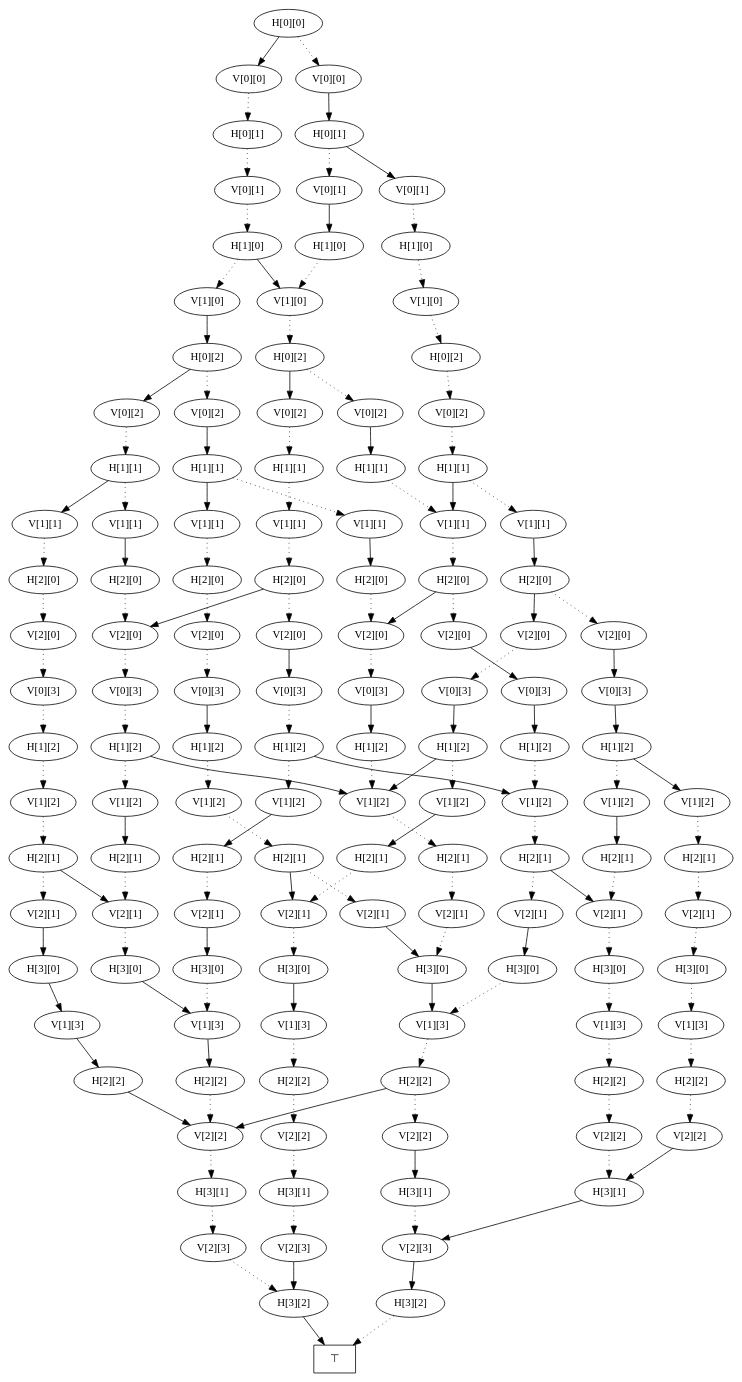
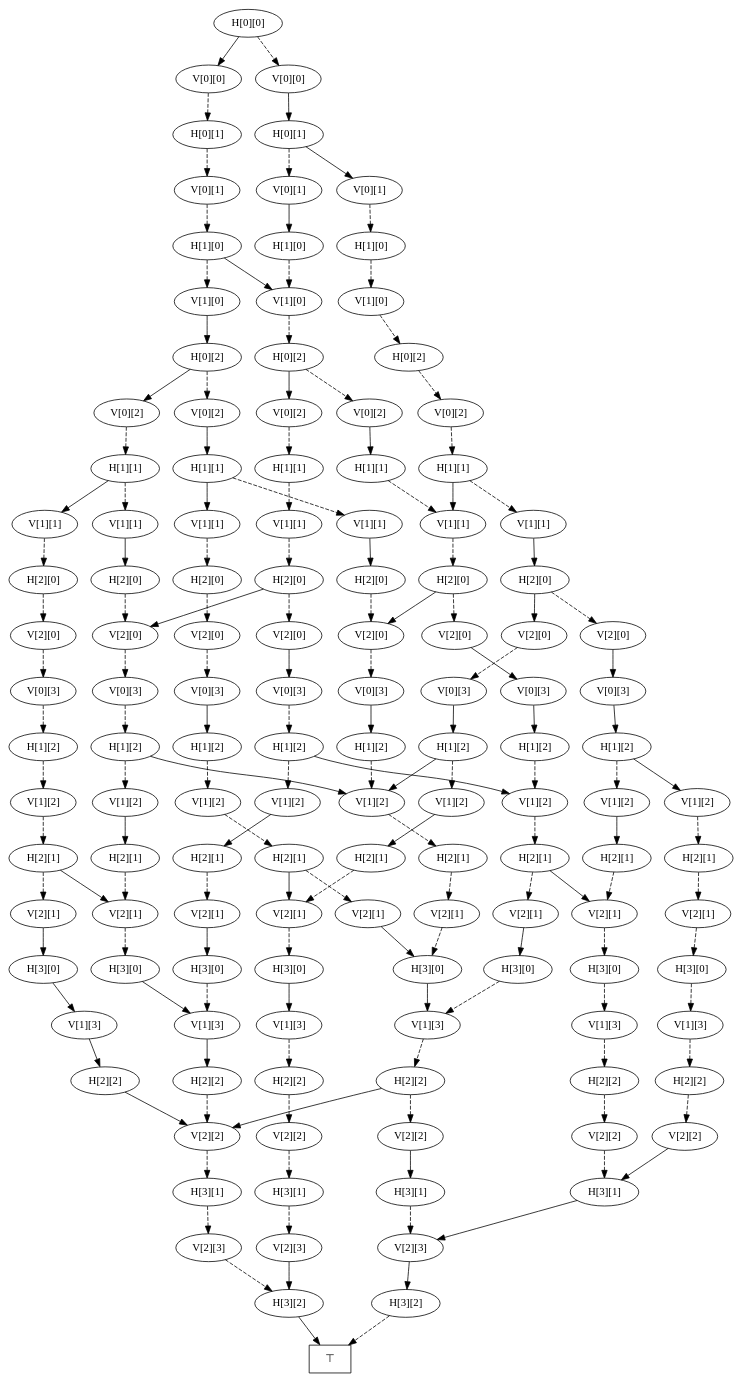
Before and after one commit to msk-ono/rdd: the diagram in examples/bdd/exact_cover.dot, drawn with Graphviz. The commit also changed 7 other files, not shown here.

```diff
--- a/examples/bdd/exact_cover.dot
+++ b/examples/bdd/exact_cover.dot
@@ -1,274 +1,274 @@
 digraph ExactCover {
-    n3583 [label="H[0][0]"];
-    n3583 -> n3549 [style=dotted];
-    n3583 -> n3582;
-    n3582 [label="V[0][0]"];
-    n3582 -> n3581 [style=dotted];
-    n3581 [label="H[0][1]"];
-    n3581 -> n3580 [style=dotted];
-    n3580 [label="V[0][1]"];
-    n3580 -> n3579 [style=dotted];
-    n3579 [label="H[1][0]"];
-    n3579 -> n3578 [style=dotted];
-    n3579 -> n3514;
-    n3514 [label="V[1][0]"];
-    n3514 -> n3513 [style=dotted];
-    n3513 [label="H[0][2]"];
-    n3513 -> n3492 [style=dotted];
-    n3513 -> n3512;
-    n3512 [label="V[0][2]"];
-    n3512 -> n3511 [style=dotted];
-    n3511 [label="H[1][1]"];
-    n3511 -> n3510 [style=dotted];
-    n3510 [label="V[1][1]"];
-    n3510 -> n3509 [style=dotted];
-    n3509 [label="H[2][0]"];
-    n3509 -> n3501 [style=dotted];
-    n3509 -> n3508;
-    n3508 [label="V[2][0]"];
-    n3508 -> n3507 [style=dotted];
-    n3507 [label="V[0][3]"];
-    n3507 -> n3506 [style=dotted];
-    n3506 [label="H[1][2]"];
-    n3506 -> n3505 [style=dotted];
-    n3506 -> n3485;
-    n3485 [label="V[1][2]"];
-    n3485 -> n3484 [style=dotted];
-    n3484 [label="H[2][1]"];
-    n3484 -> n3483 [style=dotted];
-    n3483 [label="V[2][1]"];
-    n3483 -> n3482 [style=dotted];
-    n3482 [label="H[3][0]"];
-    n3482 -> n3468;
-    n3468 [label="V[1][3]"];
-    n3468 -> n3467 [style=dotted];
-    n3467 [label="H[2][2]"];
-    n3467 -> n3463 [style=dotted];
-    n3467 -> n3466;
-    n3466 [label="V[2][2]"];
-    n3466 -> n3465 [style=dotted];
-    n3465 [label="H[3][1]"];
-    n3465 -> n3464 [style=dotted];
-    n3464 [label="V[2][3]"];
-    n3464 -> n25 [style=dotted];
-    n25 [label="H[3][2]"];
-    n25 -> n1;
-    n3463 [label="V[2][2]"];
-    n3463 -> n3462;
-    n3462 [label="H[3][1]"];
-    n3462 -> n3461 [style=dotted];
-    n3461 [label="V[2][3]"];
-    n3461 -> n3240;
-    n3240 [label="H[3][2]"];
-    n3240 -> n1 [style=dotted];
-    n3505 [label="V[1][2]"];
-    n3505 -> n3504;
-    n3504 [label="H[2][1]"];
-    n3504 -> n3503 [style=dotted];
-    n3503 [label="V[2][1]"];
-    n3503 -> n3502 [style=dotted];
-    n3502 [label="H[3][0]"];
-    n3502 -> n3494;
-    n3494 [label="V[1][3]"];
-    n3494 -> n3493;
-    n3493 [label="H[2][2]"];
-    n3493 -> n3466 [style=dotted];
-    n3501 [label="V[2][0]"];
-    n3501 -> n3500;
-    n3500 [label="V[0][3]"];
-    n3500 -> n3499 [style=dotted];
-    n3499 [label="H[1][2]"];
-    n3499 -> n3498 [style=dotted];
-    n3499 -> n3478;
-    n3478 [label="V[1][2]"];
-    n3478 -> n3477 [style=dotted];
-    n3477 [label="H[2][1]"];
-    n3477 -> n3470 [style=dotted];
-    n3477 -> n3476;
-    n3476 [label="V[2][1]"];
-    n3476 -> n3475 [style=dotted];
-    n3475 [label="H[3][0]"];
-    n3475 -> n3474 [style=dotted];
-    n3474 [label="V[1][3]"];
-    n3474 -> n3473 [style=dotted];
-    n3473 [label="H[2][2]"];
-    n3473 -> n3472 [style=dotted];
-    n3472 [label="V[2][2]"];
-    n3472 -> n3471 [style=dotted];
-    n3471 [label="H[3][1]"];
-    n3471 -> n3461;
-    n3470 [label="V[2][1]"];
-    n3470 -> n3469;
-    n3469 [label="H[3][0]"];
-    n3469 -> n3468 [style=dotted];
-    n3498 [label="V[1][2]"];
-    n3498 -> n3497;
-    n3497 [label="H[2][1]"];
-    n3497 -> n3496 [style=dotted];
-    n3496 [label="V[2][1]"];
-    n3496 -> n3495;
-    n3495 [label="H[3][0]"];
-    n3495 -> n3494 [style=dotted];
-    n3492 [label="V[0][2]"];
-    n3492 -> n3491;
-    n3491 [label="H[1][1]"];
-    n3491 -> n3490 [style=dotted];
-    n3490 [label="V[1][1]"];
-    n3490 -> n3489 [style=dotted];
-    n3489 [label="H[2][0]"];
-    n3489 -> n3481 [style=dotted];
-    n3489 -> n3488;
-    n3488 [label="V[2][0]"];
-    n3488 -> n3487 [style=dotted];
-    n3487 [label="V[0][3]"];
-    n3487 -> n3486;
-    n3486 [label="H[1][2]"];
-    n3486 -> n3485 [style=dotted];
-    n3481 [label="V[2][0]"];
-    n3481 -> n3480;
-    n3480 [label="V[0][3]"];
-    n3480 -> n3479;
-    n3479 [label="H[1][2]"];
-    n3479 -> n3478 [style=dotted];
-    n3578 [label="V[1][0]"];
-    n3578 -> n3577;
-    n3577 [label="H[0][2]"];
-    n3577 -> n3561 [style=dotted];
-    n3577 -> n3576;
-    n3576 [label="V[0][2]"];
-    n3576 -> n3575 [style=dotted];
-    n3575 [label="H[1][1]"];
-    n3575 -> n3563 [style=dotted];
-    n3575 -> n3574;
-    n3574 [label="V[1][1]"];
-    n3574 -> n3573 [style=dotted];
-    n3573 [label="H[2][0]"];
-    n3573 -> n3572 [style=dotted];
-    n3572 [label="V[2][0]"];
-    n3572 -> n3571 [style=dotted];
-    n3571 [label="V[0][3]"];
-    n3571 -> n3570 [style=dotted];
-    n3570 [label="H[1][2]"];
-    n3570 -> n3569 [style=dotted];
-    n3569 [label="V[1][2]"];
-    n3569 -> n3568 [style=dotted];
-    n3568 [label="H[2][1]"];
-    n3568 -> n3567 [style=dotted];
-    n3568 -> n3503;
-    n3567 [label="V[2][1]"];
-    n3567 -> n3566;
-    n3566 [label="H[3][0]"];
-    n3566 -> n3565;
-    n3565 [label="V[1][3]"];
-    n3565 -> n3564;
-    n3564 [label="H[2][2]"];
-    n3564 -> n3466;
-    n3563 [label="V[1][1]"];
-    n3563 -> n3562;
-    n3562 [label="H[2][0]"];
-    n3562 -> n3508 [style=dotted];
-    n3561 [label="V[0][2]"];
-    n3561 -> n3560;
-    n3560 [label="H[1][1]"];
-    n3560 -> n3551 [style=dotted];
-    n3560 -> n3559;
-    n3559 [label="V[1][1]"];
-    n3559 -> n3558 [style=dotted];
-    n3558 [label="H[2][0]"];
-    n3558 -> n3557 [style=dotted];
-    n3557 [label="V[2][0]"];
-    n3557 -> n3556 [style=dotted];
-    n3556 [label="V[0][3]"];
-    n3556 -> n3555;
-    n3555 [label="H[1][2]"];
-    n3555 -> n3554 [style=dotted];
-    n3554 [label="V[1][2]"];
-    n3554 -> n3553 [style=dotted];
-    n3553 [label="H[2][1]"];
-    n3553 -> n3552 [style=dotted];
-    n3553 -> n3534;
-    n3534 [label="V[2][1]"];
-    n3534 -> n3533 [style=dotted];
-    n3533 [label="H[3][0]"];
-    n3533 -> n3532;
-    n3532 [label="V[1][3]"];
-    n3532 -> n3531 [style=dotted];
-    n3531 [label="H[2][2]"];
-    n3531 -> n3530 [style=dotted];
-    n3530 [label="V[2][2]"];
-    n3530 -> n3529 [style=dotted];
-    n3529 [label="H[3][1]"];
-    n3529 -> n2861 [style=dotted];
-    n2861 [label="V[2][3]"];
-    n2861 -> n25;
-    n3552 [label="V[2][1]"];
-    n3552 -> n3482;
-    n3551 [label="V[1][1]"];
-    n3551 -> n3550;
-    n3550 [label="H[2][0]"];
-    n3550 -> n3488 [style=dotted];
-    n3549 [label="V[0][0]"];
-    n3549 -> n3548;
-    n3548 [label="H[0][1]"];
-    n3548 -> n3516 [style=dotted];
-    n3548 -> n3547;
-    n3547 [label="V[0][1]"];
-    n3547 -> n3546 [style=dotted];
-    n3546 [label="H[1][0]"];
-    n3546 -> n3545 [style=dotted];
-    n3545 [label="V[1][0]"];
-    n3545 -> n3544 [style=dotted];
-    n3544 [label="H[0][2]"];
-    n3544 -> n3543 [style=dotted];
-    n3543 [label="V[0][2]"];
-    n3543 -> n3542 [style=dotted];
-    n3542 [label="H[1][1]"];
-    n3542 -> n3541 [style=dotted];
-    n3542 -> n3490;
-    n3541 [label="V[1][1]"];
-    n3541 -> n3540;
-    n3540 [label="H[2][0]"];
-    n3540 -> n3528 [style=dotted];
-    n3540 -> n3539;
-    n3539 [label="V[2][0]"];
-    n3539 -> n3538 [style=dotted];
-    n3538 [label="V[0][3]"];
-    n3538 -> n3537;
-    n3537 [label="H[1][2]"];
-    n3537 -> n3536 [style=dotted];
-    n3537 -> n3485;
-    n3536 [label="V[1][2]"];
-    n3536 -> n3535;
-    n3535 [label="H[2][1]"];
-    n3535 -> n3534 [style=dotted];
-    n3528 [label="V[2][0]"];
-    n3528 -> n3527;
-    n3527 [label="V[0][3]"];
-    n3527 -> n3526;
-    n3526 [label="H[1][2]"];
-    n3526 -> n3518 [style=dotted];
-    n3526 -> n3525;
-    n3525 [label="V[1][2]"];
-    n3525 -> n3524 [style=dotted];
-    n3524 [label="H[2][1]"];
-    n3524 -> n3523 [style=dotted];
-    n3523 [label="V[2][1]"];
-    n3523 -> n3522 [style=dotted];
-    n3522 [label="H[3][0]"];
-    n3522 -> n3521 [style=dotted];
-    n3521 [label="V[1][3]"];
-    n3521 -> n3520 [style=dotted];
-    n3520 [label="H[2][2]"];
-    n3520 -> n3519 [style=dotted];
-    n3519 [label="V[2][2]"];
-    n3519 -> n3471;
-    n3518 [label="V[1][2]"];
-    n3518 -> n3517;
-    n3517 [label="H[2][1]"];
-    n3517 -> n3476 [style=dotted];
-    n3516 [label="V[0][1]"];
-    n3516 -> n3515;
-    n3515 [label="H[1][0]"];
-    n3515 -> n3514 [style=dotted];
+    n127 [label="H[0][0]"];
+    n126 [label="V[0][0]"];
+    n125 [label="V[0][0]"];
+    n124 [label="H[0][1]"];
+    n123 [label="H[0][1]"];
+    n122 [label="V[0][1]"];
+    n121 [label="V[0][1]"];
+    n120 [label="V[0][1]"];
+    n119 [label="H[1][0]"];
+    n118 [label="H[1][0]"];
+    n117 [label="H[1][0]"];
+    n116 [label="V[1][0]"];
+    n115 [label="V[1][0]"];
+    n114 [label="V[1][0]"];
+    n113 [label="H[0][2]"];
+    n112 [label="H[0][2]"];
+    n111 [label="H[0][2]"];
+    n110 [label="V[0][2]"];
+    n109 [label="V[0][2]"];
+    n108 [label="V[0][2]"];
+    n107 [label="V[0][2]"];
+    n106 [label="V[0][2]"];
+    n105 [label="H[1][1]"];
+    n104 [label="H[1][1]"];
+    n103 [label="H[1][1]"];
+    n102 [label="H[1][1]"];
+    n101 [label="H[1][1]"];
+    n100 [label="V[1][1]"];
+    n99 [label="V[1][1]"];
+    n98 [label="V[1][1]"];
+    n97 [label="V[1][1]"];
+    n96 [label="V[1][1]"];
+    n95 [label="V[1][1]"];
+    n94 [label="V[1][1]"];
+    n93 [label="H[2][0]"];
+    n92 [label="H[2][0]"];
+    n91 [label="H[2][0]"];
+    n90 [label="H[2][0]"];
+    n89 [label="H[2][0]"];
+    n88 [label="H[2][0]"];
+    n87 [label="H[2][0]"];
+    n86 [label="V[2][0]"];
+    n85 [label="V[2][0]"];
+    n84 [label="V[2][0]"];
+    n83 [label="V[2][0]"];
+    n82 [label="V[2][0]"];
+    n81 [label="V[2][0]"];
+    n80 [label="V[2][0]"];
+    n79 [label="V[2][0]"];
+    n78 [label="V[0][3]"];
+    n77 [label="V[0][3]"];
+    n76 [label="V[0][3]"];
+    n75 [label="V[0][3]"];
+    n74 [label="V[0][3]"];
+    n73 [label="V[0][3]"];
+    n72 [label="V[0][3]"];
+    n71 [label="V[0][3]"];
+    n70 [label="H[1][2]"];
+    n69 [label="H[1][2]"];
+    n68 [label="H[1][2]"];
+    n67 [label="H[1][2]"];
+    n66 [label="H[1][2]"];
+    n65 [label="H[1][2]"];
+    n64 [label="H[1][2]"];
+    n63 [label="H[1][2]"];
+    n62 [label="V[1][2]"];
+    n61 [label="V[1][2]"];
+    n60 [label="V[1][2]"];
+    n59 [label="V[1][2]"];
+    n58 [label="V[1][2]"];
+    n57 [label="V[1][2]"];
+    n56 [label="V[1][2]"];
+    n55 [label="V[1][2]"];
+    n54 [label="V[1][2]"];
+    n53 [label="H[2][1]"];
+    n52 [label="H[2][1]"];
+    n51 [label="H[2][1]"];
+    n50 [label="H[2][1]"];
+    n49 [label="H[2][1]"];
+    n48 [label="H[2][1]"];
+    n47 [label="H[2][1]"];
+    n46 [label="H[2][1]"];
+    n45 [label="H[2][1]"];
+    n44 [label="V[2][1]"];
+    n43 [label="V[2][1]"];
+    n42 [label="V[2][1]"];
+    n41 [label="V[2][1]"];
+    n40 [label="V[2][1]"];
+    n39 [label="V[2][1]"];
+    n38 [label="V[2][1]"];
+    n37 [label="V[2][1]"];
+    n36 [label="V[2][1]"];
+    n35 [label="H[3][0]"];
+    n34 [label="H[3][0]"];
+    n33 [label="H[3][0]"];
+    n32 [label="H[3][0]"];
+    n31 [label="H[3][0]"];
+    n30 [label="H[3][0]"];
+    n29 [label="H[3][0]"];
+    n28 [label="H[3][0]"];
+    n27 [label="V[1][3]"];
+    n26 [label="V[1][3]"];
+    n25 [label="V[1][3]"];
+    n24 [label="V[1][3]"];
+    n23 [label="V[1][3]"];
+    n22 [label="V[1][3]"];
+    n21 [label="H[2][2]"];
+    n20 [label="H[2][2]"];
+    n19 [label="H[2][2]"];
+    n18 [label="H[2][2]"];
+    n17 [label="H[2][2]"];
+    n16 [label="H[2][2]"];
+    n15 [label="V[2][2]"];
+    n14 [label="V[2][2]"];
+    n13 [label="V[2][2]"];
+    n12 [label="V[2][2]"];
+    n11 [label="V[2][2]"];
+    n10 [label="H[3][1]"];
+    n9 [label="H[3][1]"];
+    n8 [label="H[3][1]"];
+    n7 [label="H[3][1]"];
+    n6 [label="V[2][3]"];
+    n5 [label="V[2][3]"];
+    n4 [label="V[2][3]"];
+    n3 [label="H[3][2]"];
+    n2 [label="H[3][2]"];
     n1 [label="⊤", shape = box];
+    n127 -> n126 [style=dashed];
+    n127 -> n125 [style=solid];
+    n126 -> n124 [style=solid];
+    n125 -> n123 [style=dashed];
+    n124 -> n120 [style=dashed];
+    n124 -> n122 [style=solid];
+    n123 -> n121 [style=dashed];
+    n122 -> n119 [style=dashed];
+    n121 -> n118 [style=dashed];
+    n120 -> n117 [style=solid];
+    n119 -> n114 [style=dashed];
+    n118 -> n116 [style=dashed];
+    n118 -> n115 [style=solid];
+    n117 -> n115 [style=dashed];
+    n116 -> n113 [style=solid];
+    n115 -> n112 [style=dashed];
+    n114 -> n111 [style=dashed];
+    n113 -> n109 [style=dashed];
+    n113 -> n106 [style=solid];
+    n112 -> n108 [style=dashed];
+    n112 -> n110 [style=solid];
+    n111 -> n107 [style=dashed];
+    n110 -> n101 [style=dashed];
+    n109 -> n102 [style=solid];
+    n108 -> n105 [style=solid];
+    n107 -> n104 [style=dashed];
+    n106 -> n103 [style=dashed];
+    n105 -> n97 [style=dashed];
+    n104 -> n98 [style=dashed];
+    n104 -> n97 [style=solid];
+    n103 -> n99 [style=dashed];
+    n103 -> n94 [style=solid];
+    n102 -> n96 [style=dashed];
+    n102 -> n95 [style=solid];
+    n101 -> n100 [style=dashed];
+    n100 -> n88 [style=dashed];
+    n99 -> n92 [style=solid];
+    n98 -> n93 [style=solid];
+    n97 -> n89 [style=dashed];
+    n96 -> n91 [style=solid];
+    n95 -> n87 [style=dashed];
+    n94 -> n90 [style=dashed];
+    n93 -> n81 [style=dashed];
+    n93 -> n79 [style=solid];
+    n92 -> n83 [style=dashed];
+    n91 -> n84 [style=dashed];
+    n90 -> n85 [style=dashed];
+    n89 -> n86 [style=dashed];
+    n89 -> n84 [style=solid];
+    n88 -> n80 [style=dashed];
+    n88 -> n83 [style=solid];
+    n87 -> n82 [style=dashed];
+    n86 -> n72 [style=solid];
+    n85 -> n77 [style=dashed];
+    n84 -> n71 [style=dashed];
+    n83 -> n75 [style=dashed];
+    n82 -> n76 [style=dashed];
+    n81 -> n74 [style=solid];
+    n80 -> n73 [style=solid];
+    n79 -> n78 [style=dashed];
+    n78 -> n70 [style=solid];
+    n77 -> n68 [style=dashed];
+    n76 -> n69 [style=solid];
+    n75 -> n67 [style=dashed];
+    n74 -> n64 [style=solid];
+    n73 -> n66 [style=dashed];
+    n72 -> n63 [style=solid];
+    n71 -> n65 [style=solid];
+    n70 -> n55 [style=dashed];
+    n70 -> n57 [style=solid];
+    n69 -> n61 [style=dashed];
+    n68 -> n62 [style=dashed];
+    n67 -> n59 [style=dashed];
+    n67 -> n57 [style=solid];
+    n66 -> n58 [style=dashed];
+    n66 -> n54 [style=solid];
+    n65 -> n57 [style=dashed];
+    n64 -> n56 [style=dashed];
+    n64 -> n60 [style=solid];
+    n63 -> n54 [style=dashed];
+    n62 -> n53 [style=dashed];
+    n61 -> n50 [style=dashed];
+    n60 -> n52 [style=dashed];
+    n59 -> n51 [style=solid];
+    n58 -> n49 [style=solid];
+    n57 -> n48 [style=dashed];
+    n56 -> n45 [style=solid];
+    n55 -> n46 [style=solid];
+    n54 -> n47 [style=dashed];
+    n53 -> n36 [style=dashed];
+    n53 -> n41 [style=solid];
+    n52 -> n44 [style=dashed];
+    n51 -> n41 [style=dashed];
+    n50 -> n43 [style=dashed];
+    n50 -> n38 [style=solid];
+    n49 -> n42 [style=dashed];
+    n48 -> n40 [style=dashed];
+    n47 -> n37 [style=dashed];
+    n47 -> n39 [style=solid];
+    n46 -> n38 [style=dashed];
+    n45 -> n39 [style=dashed];
+    n44 -> n34 [style=dashed];
+    n43 -> n32 [style=solid];
+    n42 -> n35 [style=solid];
+    n41 -> n28 [style=dashed];
+    n40 -> n32 [style=dashed];
+    n39 -> n33 [style=dashed];
+    n38 -> n31 [style=dashed];
+    n37 -> n29 [style=solid];
+    n36 -> n30 [style=solid];
+    n35 -> n27 [style=dashed];
+    n34 -> n26 [style=dashed];
+    n33 -> n25 [style=dashed];
+    n32 -> n23 [style=solid];
+    n31 -> n24 [style=solid];
+    n30 -> n22 [style=solid];
+    n29 -> n23 [style=dashed];
+    n28 -> n27 [style=solid];
+    n27 -> n17 [style=solid];
+    n26 -> n16 [style=dashed];
+    n25 -> n20 [style=dashed];
+    n24 -> n21 [style=dashed];
+    n23 -> n19 [style=dashed];
+    n22 -> n18 [style=solid];
+    n21 -> n13 [style=dashed];
+    n20 -> n14 [style=dashed];
+    n19 -> n11 [style=dashed];
+    n19 -> n12 [style=solid];
+    n18 -> n12 [style=solid];
+    n17 -> n12 [style=dashed];
+    n16 -> n15 [style=dashed];
+    n15 -> n9 [style=solid];
+    n14 -> n9 [style=dashed];
+    n13 -> n7 [style=dashed];
+    n12 -> n8 [style=dashed];
+    n11 -> n10 [style=solid];
+    n10 -> n5 [style=dashed];
+    n9 -> n5 [style=solid];
+    n8 -> n6 [style=dashed];
+    n7 -> n4 [style=dashed];
+    n6 -> n3 [style=dashed];
+    n5 -> n2 [style=solid];
+    n4 -> n3 [style=solid];
+    n3 -> n1 [style=solid];
+    n2 -> n1 [style=dashed];
 }
```
